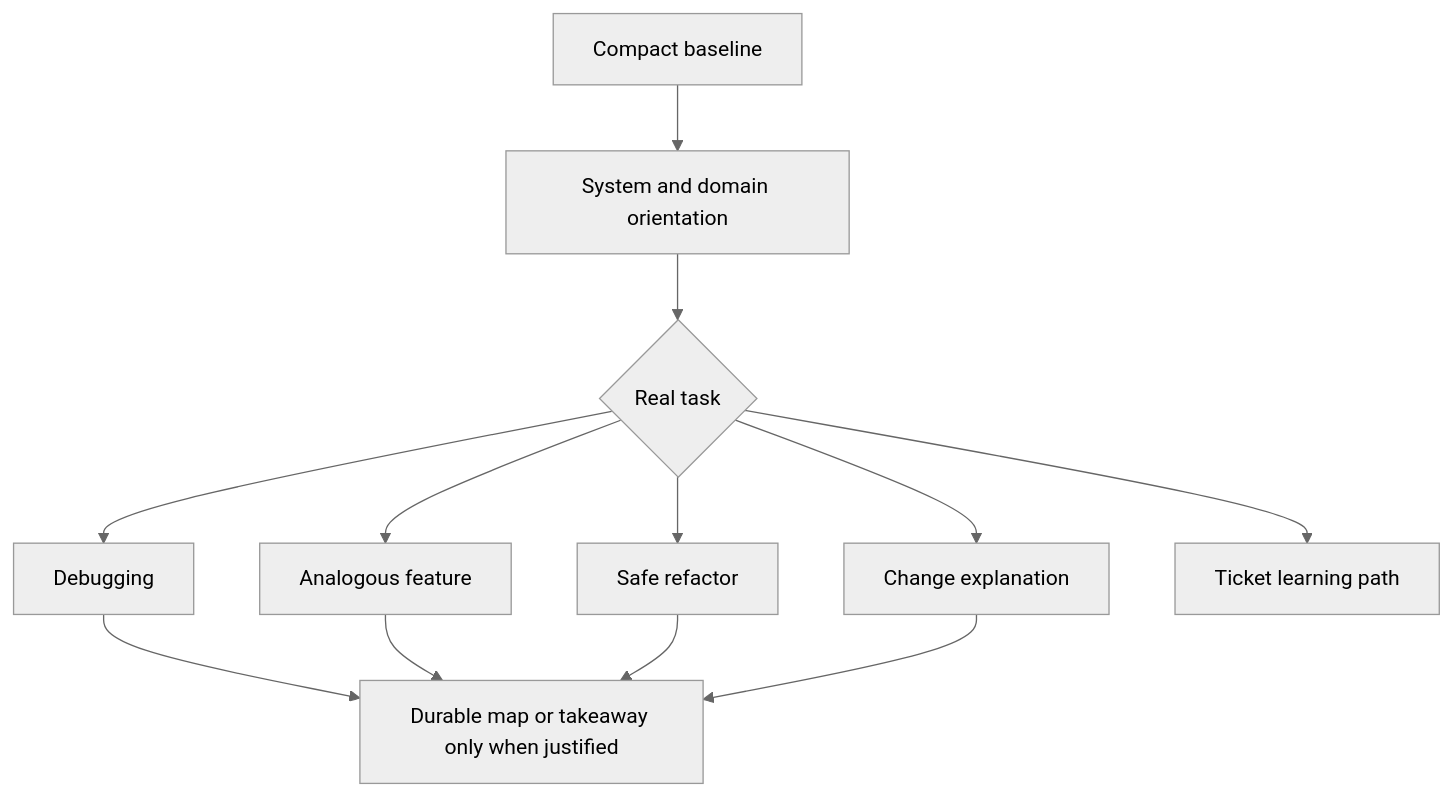
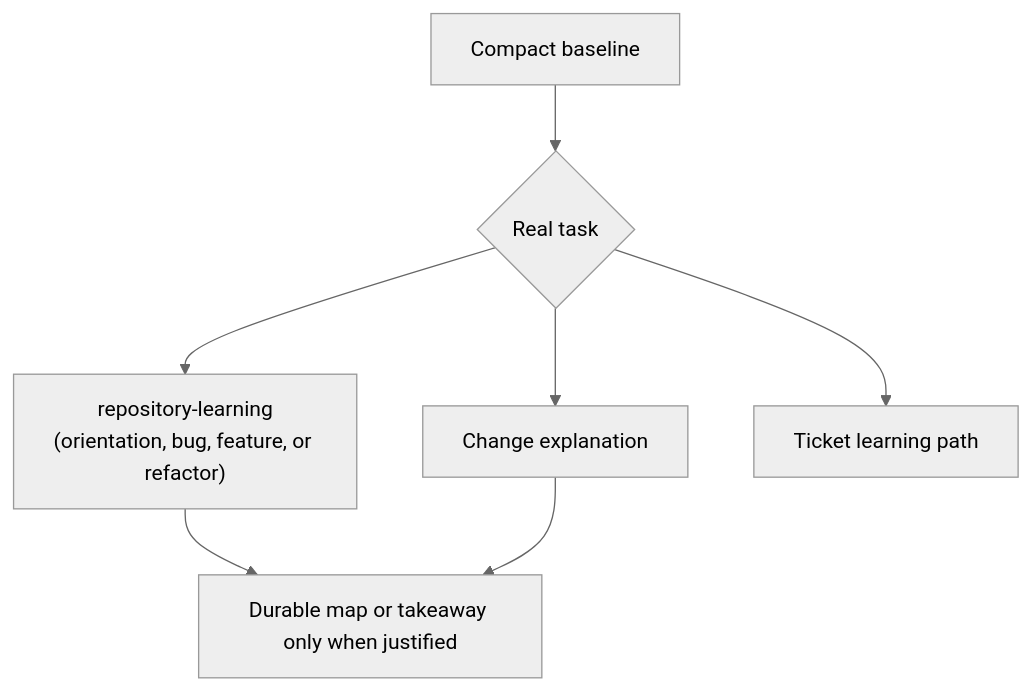
One commit to legrab/codebase-learning-flow changed the diagram in sample/profiles/full/learning-flow/README.md. Above: the diagram before and after it, drawn with Mermaid (neutral theme). The commit also changed other lines of this file and 28 other files, not shown here.

Commit message:
chore: simplify various skills and flow patterns

````diff
--- a/sample/profiles/full/learning-flow/README.md
+++ b/sample/profiles/full/learning-flow/README.md
@@ -5,14 +5,9 @@
 ```mermaid
 flowchart TB
-    B[Compact baseline] --> O[System and domain orientation]
-    O --> T{Real task}
-    T --> D[Debugging]
-    T --> F[Analogous feature]
-    T --> R[Safe refactor]
+    B[Compact baseline] --> T{Real task}
+    T --> L["repository-learning<br/>(orientation, bug, feature, or refactor)"]
     T --> X[Change explanation]
     T --> P[Ticket learning path]
-    D --> K[Durable map or takeaway only when justified]
-    F --> K
-    R --> K
+    L --> K[Durable map or takeaway only when justified]
     X --> K
 ```
````
